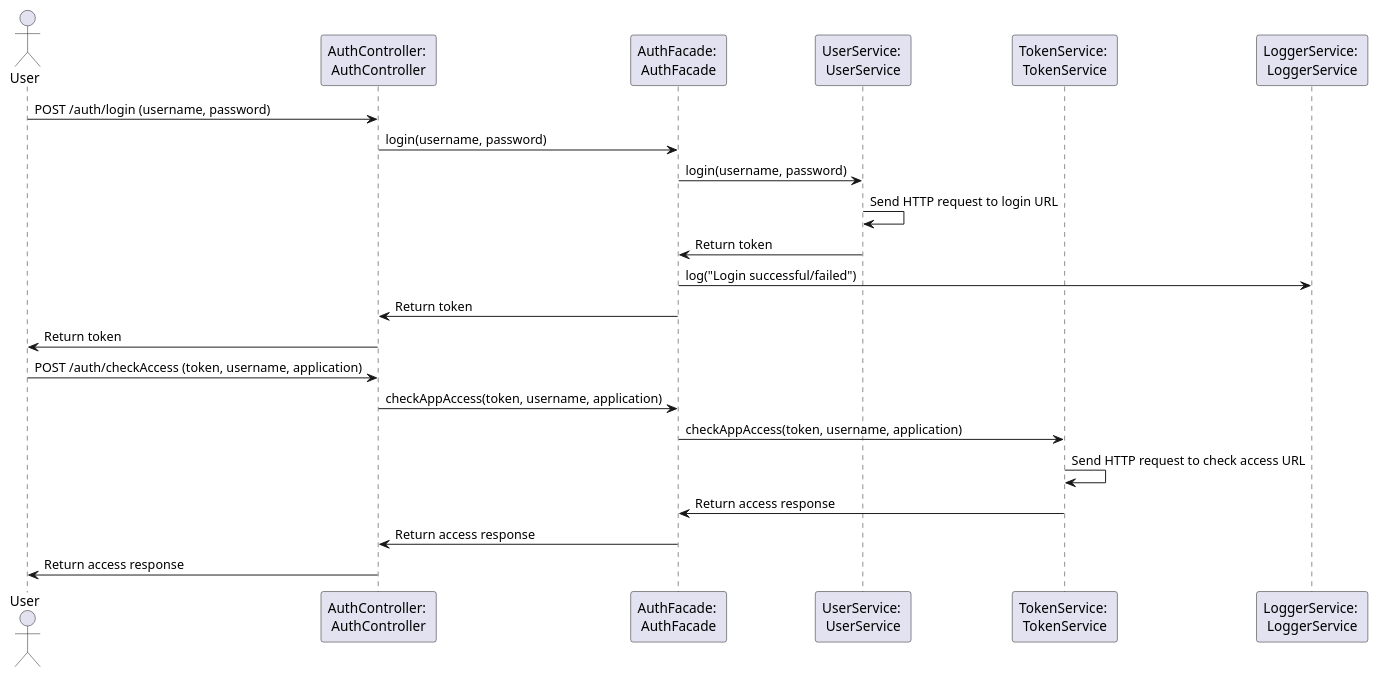
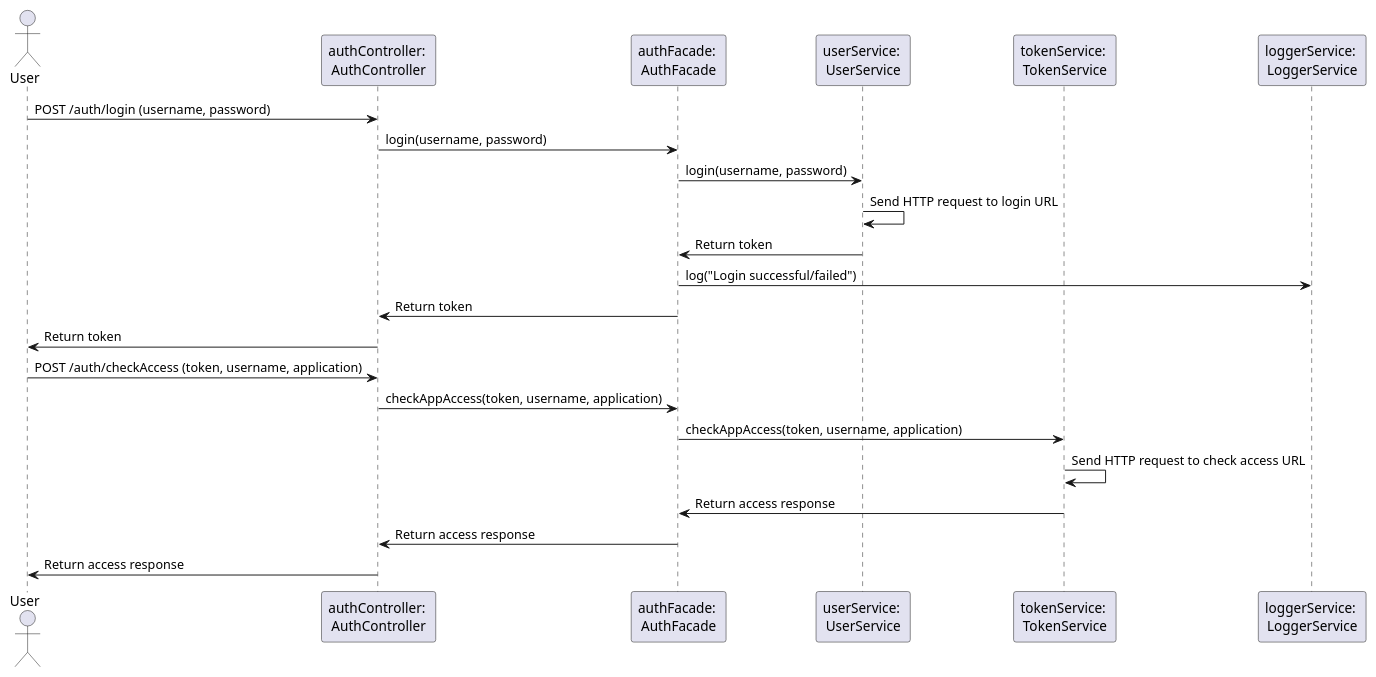
The diagram in taha/Sequentiediagram prototype/sequentiediagram_taha.puml (AIM-ENE-feb25/triptop-peak-performers-groep-1), drawn with PlantUML before and after one commit. The commit also changed 3 other files, not shown here.

Commit message:
diagrammen van taha aanpassingen

```diff
--- a/taha/Sequentiediagram prototype/sequentiediagram_taha.puml
+++ b/taha/Sequentiediagram prototype/sequentiediagram_taha.puml
@@ -1,26 +1,26 @@
 @startuml
 actor User
-participant "AuthController: \nAuthController" as AC
-participant "AuthFacade: \nAuthFacade" as AF
-participant "UserService: \nUserService" as US
-participant "TokenService: \nTokenService" as TS
-participant "LoggerService: \nLoggerService" as LS
+participant "authController: \nAuthController" as AC
+participant "authFacade: \nAuthFacade" as AF
+participant "userService: \nUserService" as US
+participant "tokenService: \nTokenService" as TS
+participant "loggerService: \nLoggerService" as LS
 
 User -> AC: POST /auth/login (username, password)
 AC -> AF: login(username, password)
 AF -> US: login(username, password)
 US -> US: Send HTTP request to login URL
 US -> AF: Return token
 AF -> LS: log("Login successful/failed")
 AF -> AC: Return token
 AC -> User: Return token
 
 User -> AC: POST /auth/checkAccess (token, username, application)
 AC -> AF: checkAppAccess(token, username, application)
 AF -> TS: checkAppAccess(token, username, application)
 TS -> TS: Send HTTP request to check access URL
 TS -> AF: Return access response
 AF -> AC: Return access response
 AC -> User: Return access response
 
 @enduml
```
